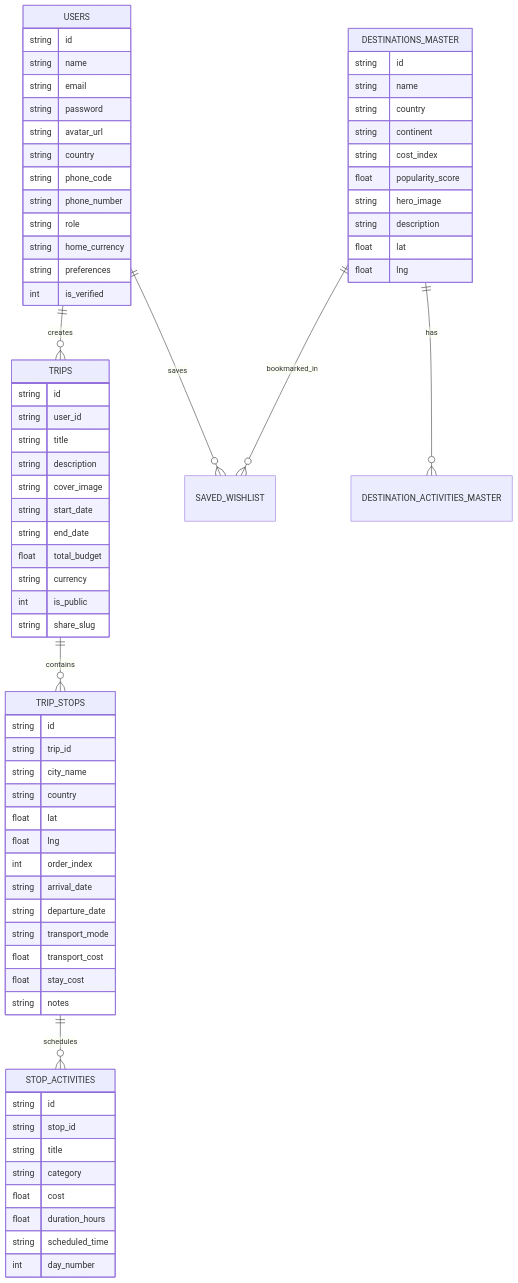
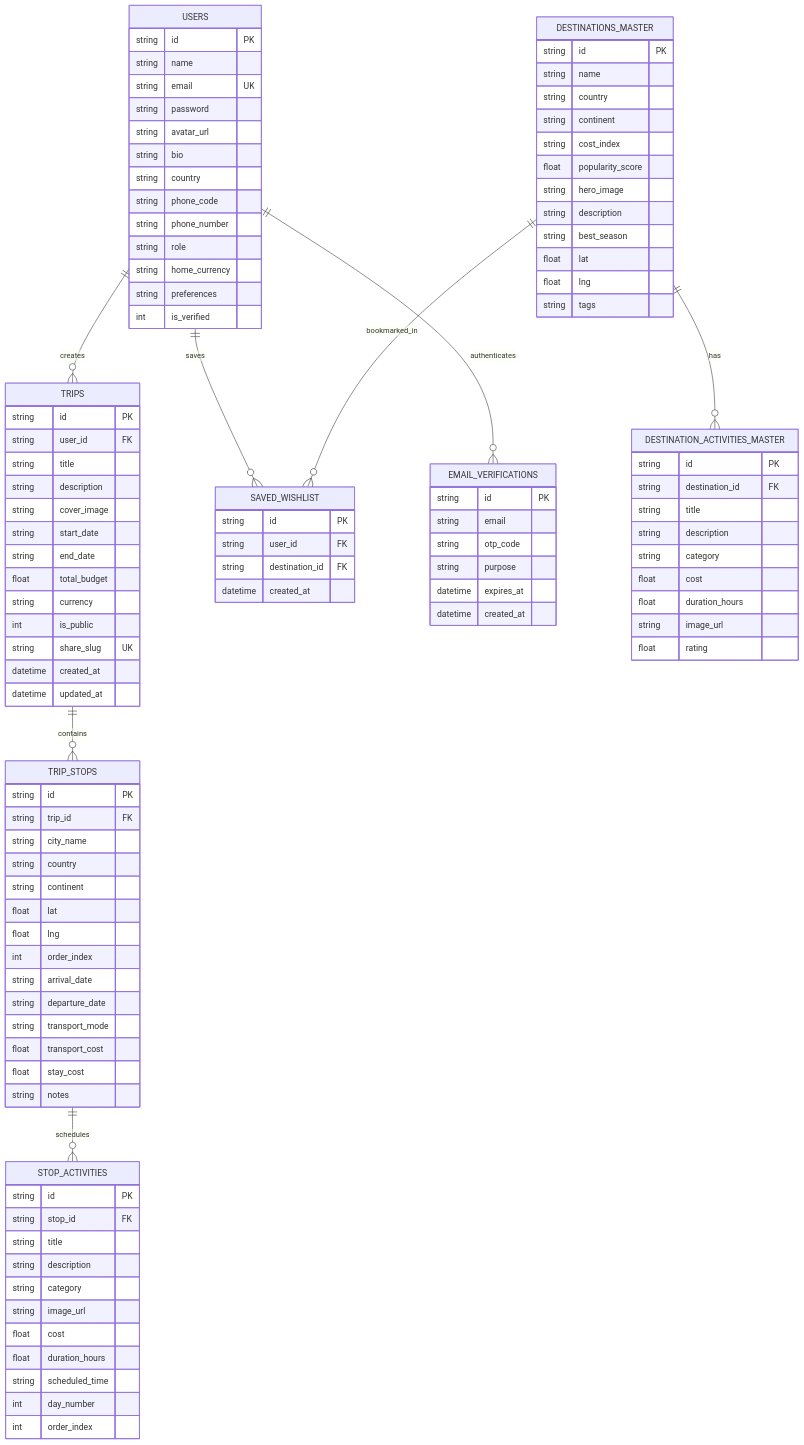
One commit to anandK-S/GlobeTrotter changed the third of 4 diagrams in README.md. Above: the diagram before and after it, drawn with Mermaid. The commit also changed other lines of this file, not shown here.

Commit message:
docs: upgrade README with demo credentials, ER diagram, user journey flowcharts, Brevo 1-click verification architecture, and 14-screen matrix

````diff
--- a/README.md
+++ b/README.md
@@ -142,17 +140,19 @@
 erDiagram
     USERS ||--o{ TRIPS : "creates"
     USERS ||--o{ SAVED_WISHLIST : "saves"
+    USERS ||--o{ EMAIL_VERIFICATIONS : "authenticates"
     TRIPS ||--o{ TRIP_STOPS : "contains"
     TRIP_STOPS ||--o{ STOP_ACTIVITIES : "schedules"
     DESTINATIONS_MASTER ||--o{ DESTINATION_ACTIVITIES_MASTER : "has"
     DESTINATIONS_MASTER ||--o{ SAVED_WISHLIST : "bookmarked_in"
 
     USERS {
-        string id
+        string id PK
         string name
-        string email
+        string email UK
         string password
         string avatar_url
+        string bio
         string country
         string phone_code
         string phone_number
@@ -162,9 +162,18 @@
         int is_verified
     }
 
+    EMAIL_VERIFICATIONS {
+        string id PK
+        string email
+        string otp_code
+        string purpose
+        datetime expires_at
+        datetime created_at
+    }
+
     TRIPS {
-        string id
-        string user_id
+        string id PK
+        string user_id FK
         string title
         string description
         string cover_image
@@ -173,14 +182,17 @@
         float total_budget
         string currency
         int is_public
-        string share_slug
+        string share_slug UK
+        datetime created_at
+        datetime updated_at
     }
 
     TRIP_STOPS {
-        string id
-        string trip_id
+        string id PK
+        string trip_id FK
         string city_name
         string country
+        string continent
         float lat
         float lng
         int order_index
@@ -193,18 +205,21 @@
     }
 
     STOP_ACTIVITIES {
-        string id
-        string stop_id
+        string id PK
+        string stop_id FK
         string title
+        string description
         string category
+        string image_url
         float cost
         float duration_hours
         string scheduled_time
         int day_number
+        int order_index
     }
 
     DESTINATIONS_MASTER {
-        string id
+        string id PK
         string name
         string country
         string continent
@@ -212,7 +227,28 @@
         float popularity_score
         string hero_image
         string description
+        string best_season
         float lat
         float lng
+        string tags
+    }
+
+    DESTINATION_ACTIVITIES_MASTER {
+        string id PK
+        string destination_id FK
+        string title
+        string description
+        string category
+        float cost
+        float duration_hours
+        string image_url
+        float rating
+    }
+
+    SAVED_WISHLIST {
+        string id PK
+        string user_id FK
+        string destination_id FK
+        datetime created_at
     }
 ```
````
